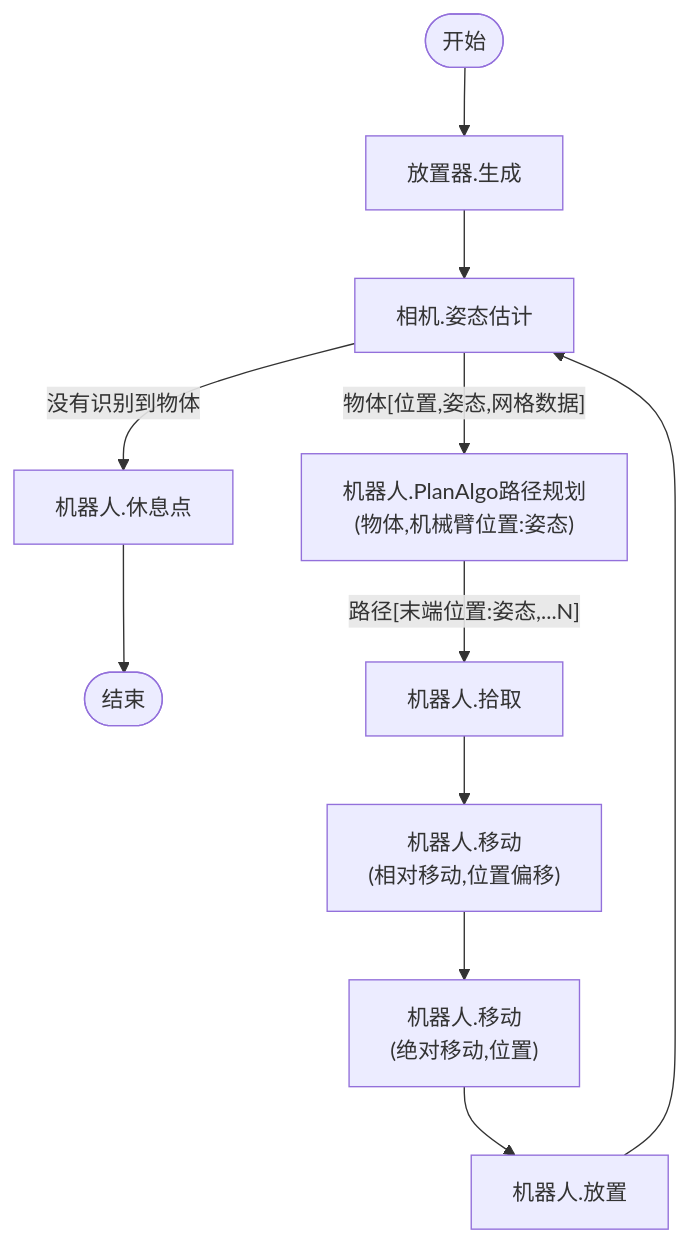
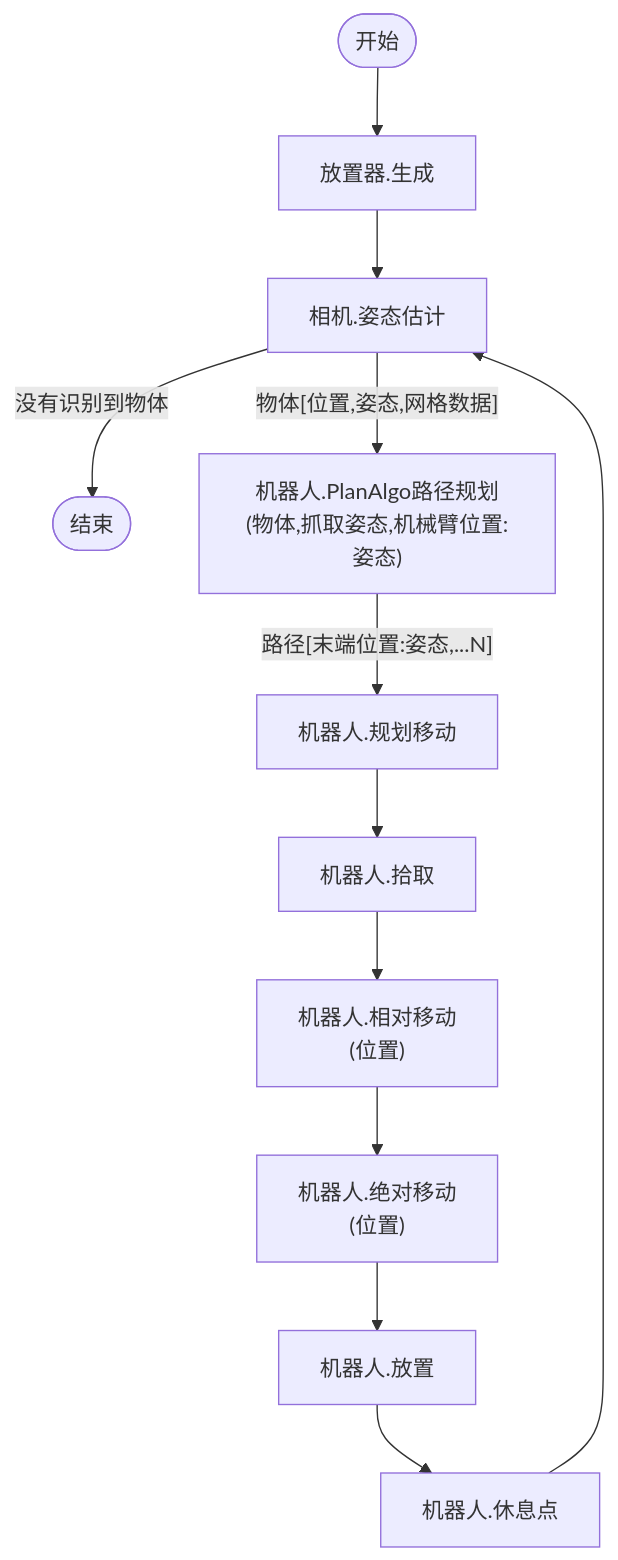
Diagram 13 of 13 in README.md (sltruman/practical-tools), drawn with Mermaid before and after one commit. The commit also changed other lines of this file and 12 other files, not shown here.

````diff
--- a/README.md
+++ b/README.md
@@ -383,22 +388,23 @@
 ```mermaid
 flowchart TB
     start([开始])
     finish([结束])
     stacker.generate[放置器.生成]
     camera.pose_recognize[相机.姿态估计]
-    robot.pick_plan["机器人.PlanAlgo路径规划\n(物体,机械臂位置:姿态)"]
-    robot.move1["机器人.移动\n(相对移动,位置偏移)"]
-    robot.move2["机器人.移动\n(绝对移动,位置)"]
-    robot.pick[机器人.拾取]
-    robot.place[机器人.放置]
+    robot.pick_plan["机器人.PlanAlgo路径规划\n(物体,抓取姿态,机械臂位置:姿态)"]
+    robot.move1["机器人.规划移动\n"]
+    robot.move2["机器人.相对移动\n(位置)"]
+    robot.move3["机器人.绝对移动\n(位置)"]
+    robot.pick["机器人.拾取"]
+    robot.place["机器人.放置"]
     robot.home[机器人.休息点]
     start-->stacker.generate
 
     stacker.generate-->camera.pose_recognize
     camera.pose_recognize--"物体[位置,姿态,网格数据]\n"-->robot.pick_plan
-    robot.pick_plan--"路径[末端位置:姿态,...N]"-->robot.pick
-    robot.pick-->robot.move1-->robot.move2-->robot.place
-    robot.place-->camera.pose_recognize
+    robot.pick_plan--"路径[末端位置:姿态,...N]"-->robot.move1-->robot.pick
+    robot.pick-->robot.move2-->robot.move3-->robot.place
+    robot.place-->robot.home-->camera.pose_recognize
 
-    camera.pose_recognize--没有识别到物体-->robot.home-->finish
+    camera.pose_recognize--没有识别到物体-->finish
 ```
````
